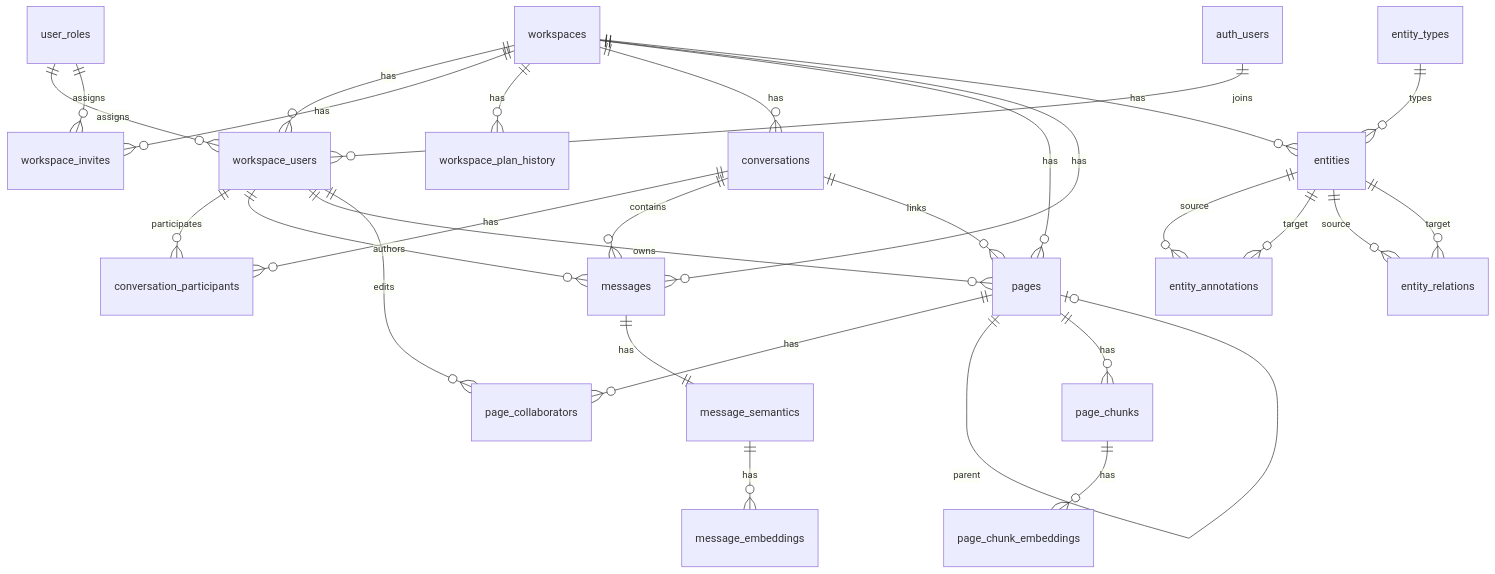
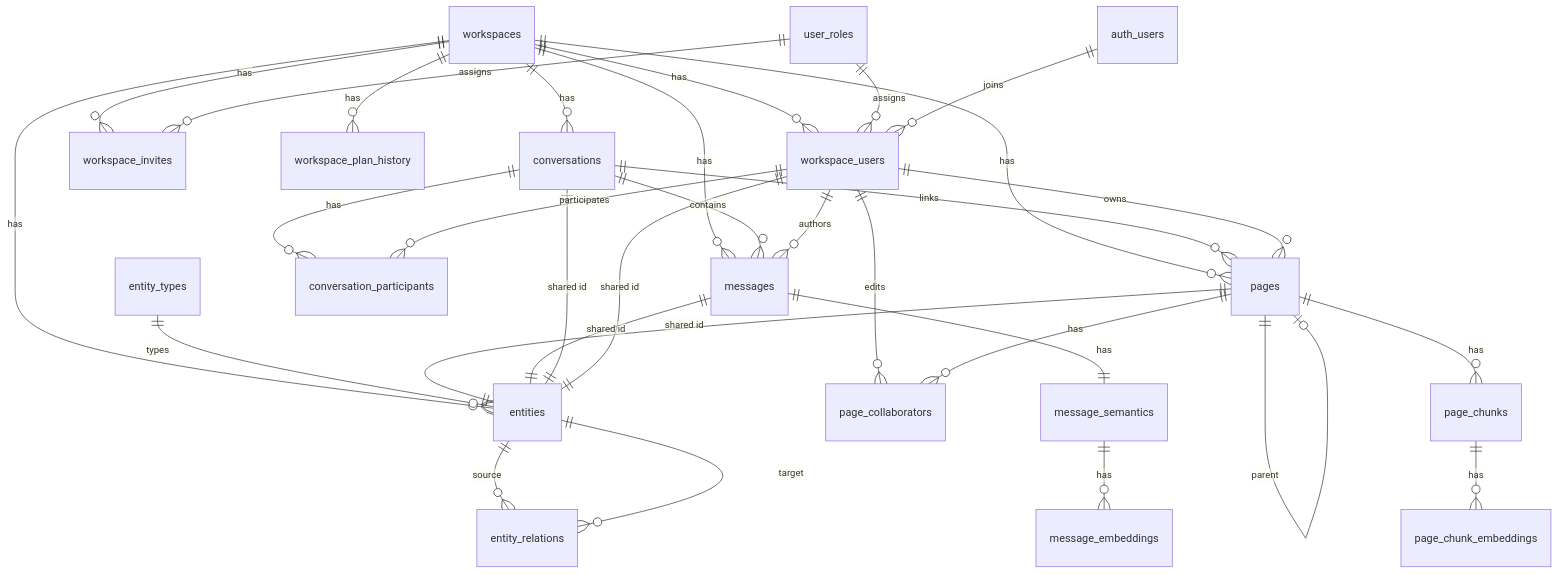
Before and after one commit to carlos-tamarind/tamarind-app: the diagram in docs/architecture/database.md, drawn with Mermaid.

````diff
--- a/docs/architecture/database.md
+++ b/docs/architecture/database.md
@@ -9,39 +9,41 @@
 ```mermaid
 erDiagram
     workspaces ||--o{ workspace_users : has
     workspaces ||--o{ workspace_invites : has
     workspaces ||--o{ workspace_plan_history : has
     workspaces ||--o{ conversations : has
     workspaces ||--o{ pages : has
     workspaces ||--o{ messages : has
     workspaces ||--o{ entities : has
 
     user_roles ||--o{ workspace_users : assigns
     user_roles ||--o{ workspace_invites : assigns
 
     auth_users ||--o{ workspace_users : joins
 
     conversations ||--o{ conversation_participants : has
     conversations ||--o{ messages : contains
     conversations ||--o{ pages : links
 
     workspace_users ||--o{ conversation_participants : participates
     workspace_users ||--o{ messages : authors
     workspace_users ||--o{ pages : owns
     workspace_users ||--o{ page_collaborators : edits
 
     pages ||--o{ page_collaborators : has
     pages ||--o| pages : parent
 
     entity_types ||--o{ entities : types
-    entities ||--o{ entity_annotations : source
-    entities ||--o{ entity_annotations : target
+    pages ||--|| entities : "shared id"
+    messages ||--|| entities : "shared id"
+    conversations ||--|| entities : "shared id"
+    workspace_users ||--|| entities : "shared id"
     entities ||--o{ entity_relations : source
     entities ||--o{ entity_relations : target
 
     messages ||--|| message_semantics : has
     message_semantics ||--o{ message_embeddings : has
 
     pages ||--o{ page_chunks : has
     page_chunks ||--o{ page_chunk_embeddings : has
 ```
````
